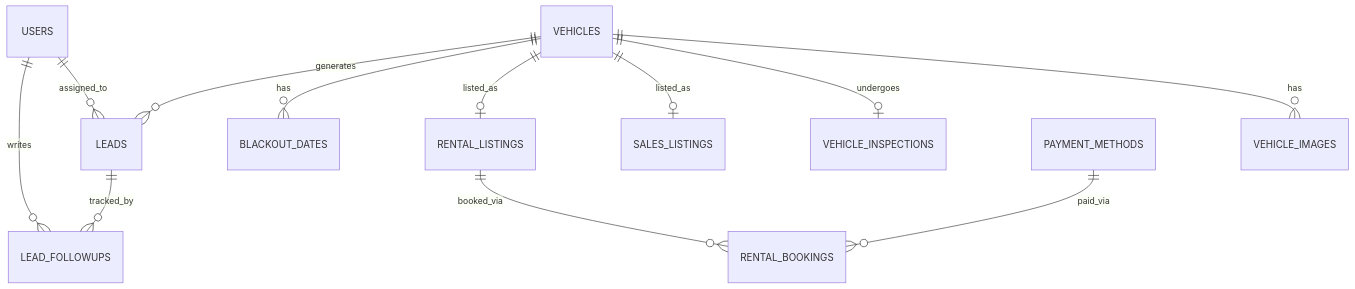
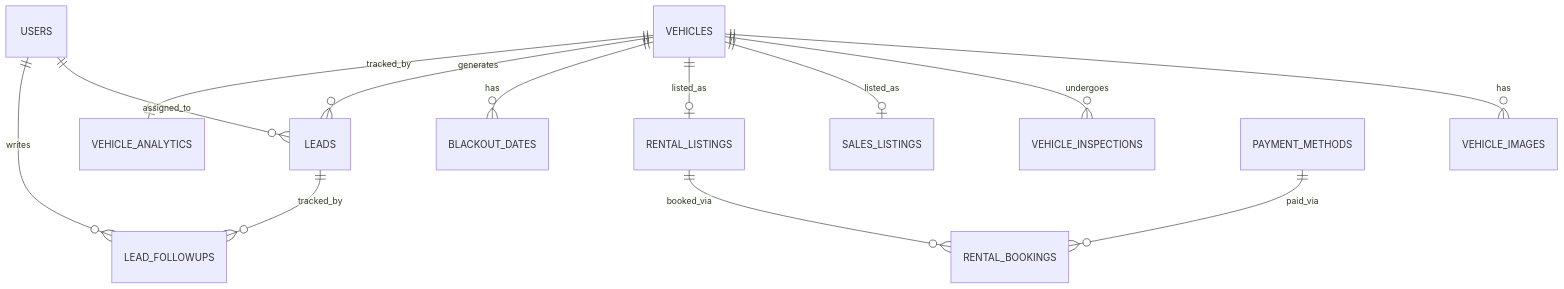
One commit to aninsoulani/soulani-auto-garage changed the diagram in docs/product_architecture.md. Above: the diagram before and after it, drawn with Mermaid. The commit also changed other lines of this file and 41 other files, not shown here.

````diff
--- a/docs/product_architecture.md
+++ b/docs/product_architecture.md
@@ -137,17 +162,18 @@
 ```mermaid
 erDiagram
     USERS ||--o{ LEADS : "assigned_to"
     USERS ||--o{ LEAD_FOLLOWUPS : "writes"
     
     VEHICLES ||--o{ VEHICLE_IMAGES : "has"
-    VEHICLES ||--o| VEHICLE_INSPECTIONS : "undergoes"
+    VEHICLES ||--o{ VEHICLE_INSPECTIONS : "undergoes"
     VEHICLES ||--o| SALES_LISTINGS : "listed_as"
     VEHICLES ||--o| RENTAL_LISTINGS : "listed_as"
     VEHICLES ||--o{ BLACKOUT_DATES : "has"
     VEHICLES ||--o{ LEADS : "generates"
+    VEHICLES ||--o| VEHICLE_ANALYTICS : "tracked_by"
     
     RENTAL_LISTINGS ||--o{ RENTAL_BOOKINGS : "booked_via"
     PAYMENT_METHODS ||--o{ RENTAL_BOOKINGS : "paid_via"
     
     LEADS ||--o{ LEAD_FOLLOWUPS : "tracked_by"
 ```
````
